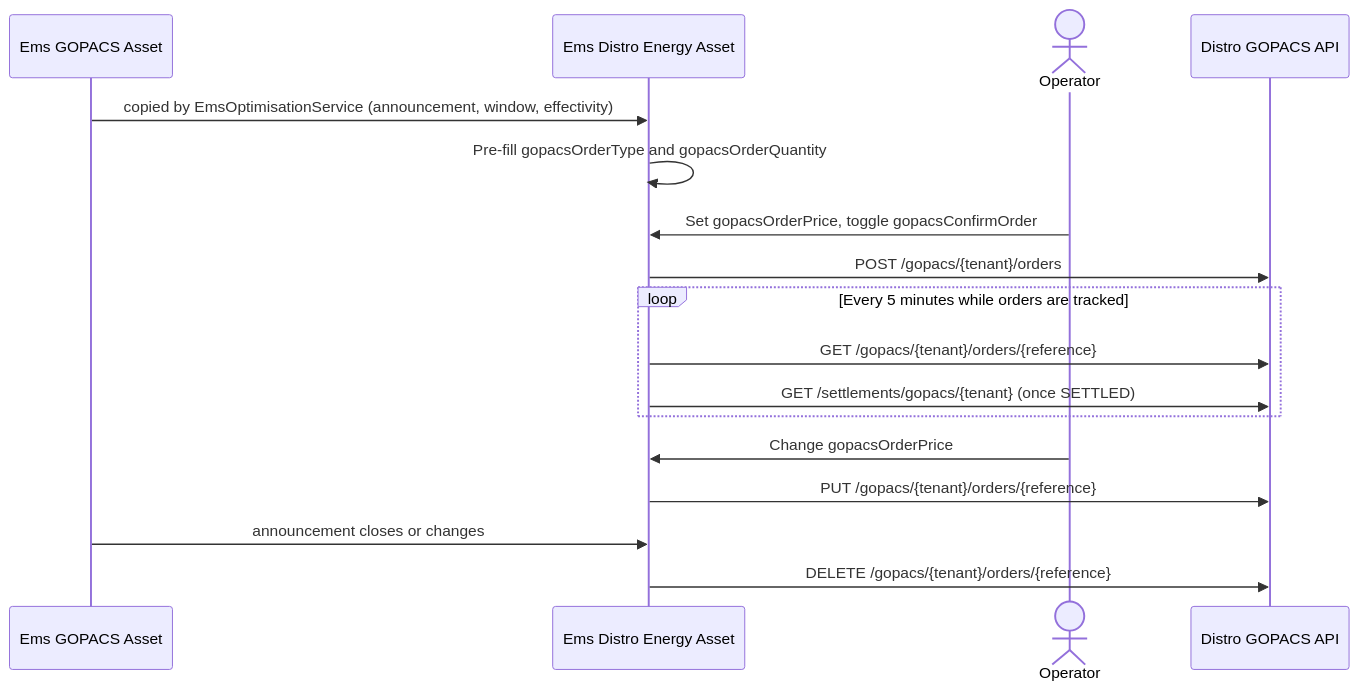
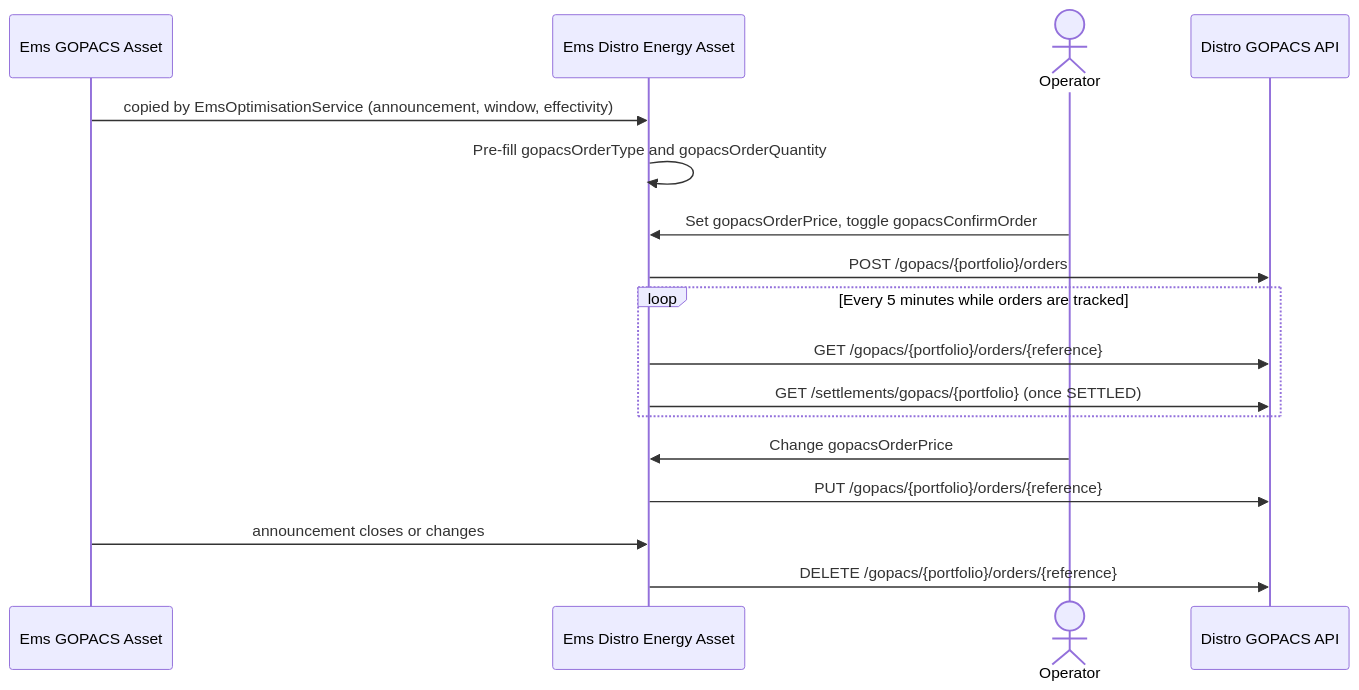
The second of 2 diagrams in ems/docs/DistroEnergyIntegration.md (openremote/extensions), drawn with Mermaid before and after one commit. The commit also changed other lines of this file and 6 other files, not shown here.

First line of the commit message:
Place Distro GOPACS orders under the asset's portfolio

````diff
--- a/ems/docs/DistroEnergyIntegration.md
+++ b/ems/docs/DistroEnergyIntegration.md
@@ -225,20 +225,20 @@
 ```mermaid
 sequenceDiagram
     participant G as Ems GOPACS Asset
     participant D as Ems Distro Energy Asset
     actor Op as Operator
     participant API as Distro GOPACS API
 
     G->>D: copied by EmsOptimisationService (announcement, window, effectivity)
     D->>D: Pre-fill gopacsOrderType and gopacsOrderQuantity
     Op->>D: Set gopacsOrderPrice, toggle gopacsConfirmOrder
-    D->>API: POST /gopacs/{tenant}/orders
+    D->>API: POST /gopacs/{portfolio}/orders
     loop Every 5 minutes while orders are tracked
-        D->>API: GET /gopacs/{tenant}/orders/{reference}
-        D->>API: GET /settlements/gopacs/{tenant} (once SETTLED)
+        D->>API: GET /gopacs/{portfolio}/orders/{reference}
+        D->>API: GET /settlements/gopacs/{portfolio} (once SETTLED)
     end
     Op->>D: Change gopacsOrderPrice
-    D->>API: PUT /gopacs/{tenant}/orders/{reference}
+    D->>API: PUT /gopacs/{portfolio}/orders/{reference}
     G->>D: announcement closes or changes
-    D->>API: DELETE /gopacs/{tenant}/orders/{reference}
+    D->>API: DELETE /gopacs/{portfolio}/orders/{reference}
 ```
````
